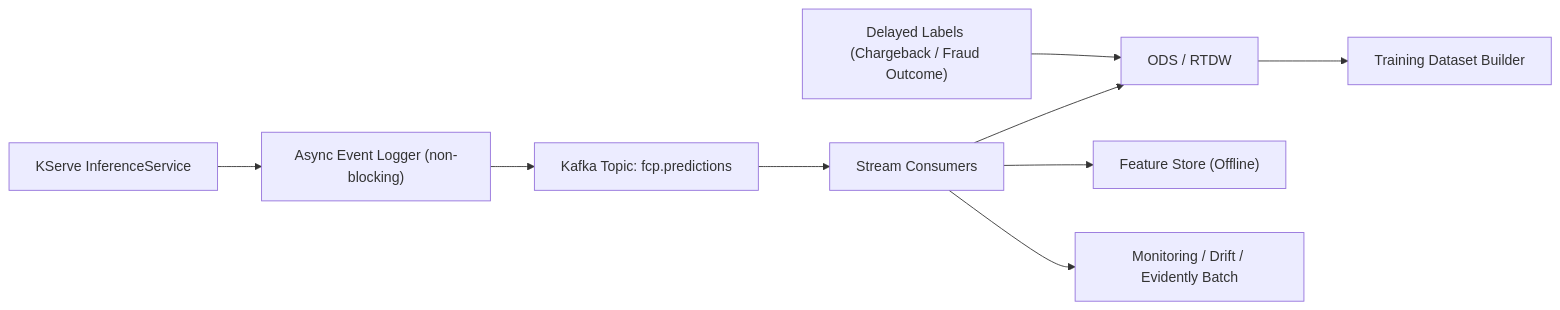
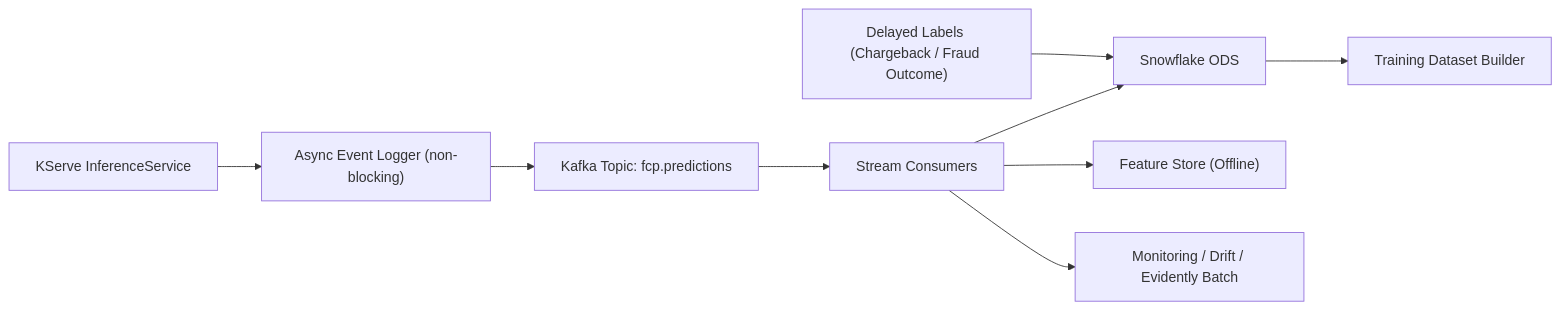
Before and after one commit to mdragomir-taurus/ops-diagrams: the diagram in kafka_usage.mermaid, drawn with Mermaid. The commit also changed 2 other files, not shown here.

Commit message:
fix: kafka final architecture update

```diff
--- a/kafka_usage.mermaid
+++ b/kafka_usage.mermaid
@@ -1,9 +1,9 @@
 flowchart LR 
     KS["KServe InferenceService"] --> LOG["Async Event Logger (non-blocking)"] 
     LOG --> KAFKA["Kafka Topic: fcp.predictions"] 
     KAFKA --> CONSUMER["Stream Consumers"] 
-    CONSUMER --> ODS["ODS / RTDW"] 
+    CONSUMER --> ODS["Snowflake ODS"] 
     CONSUMER --> FEAST["Feature Store (Offline)"] 
     CONSUMER --> MON["Monitoring / Drift / Evidently Batch"] 
     LABEL["Delayed Labels (Chargeback / Fraud Outcome)"] --> ODS 
     ODS --> TRAIN["Training Dataset Builder"]
```
